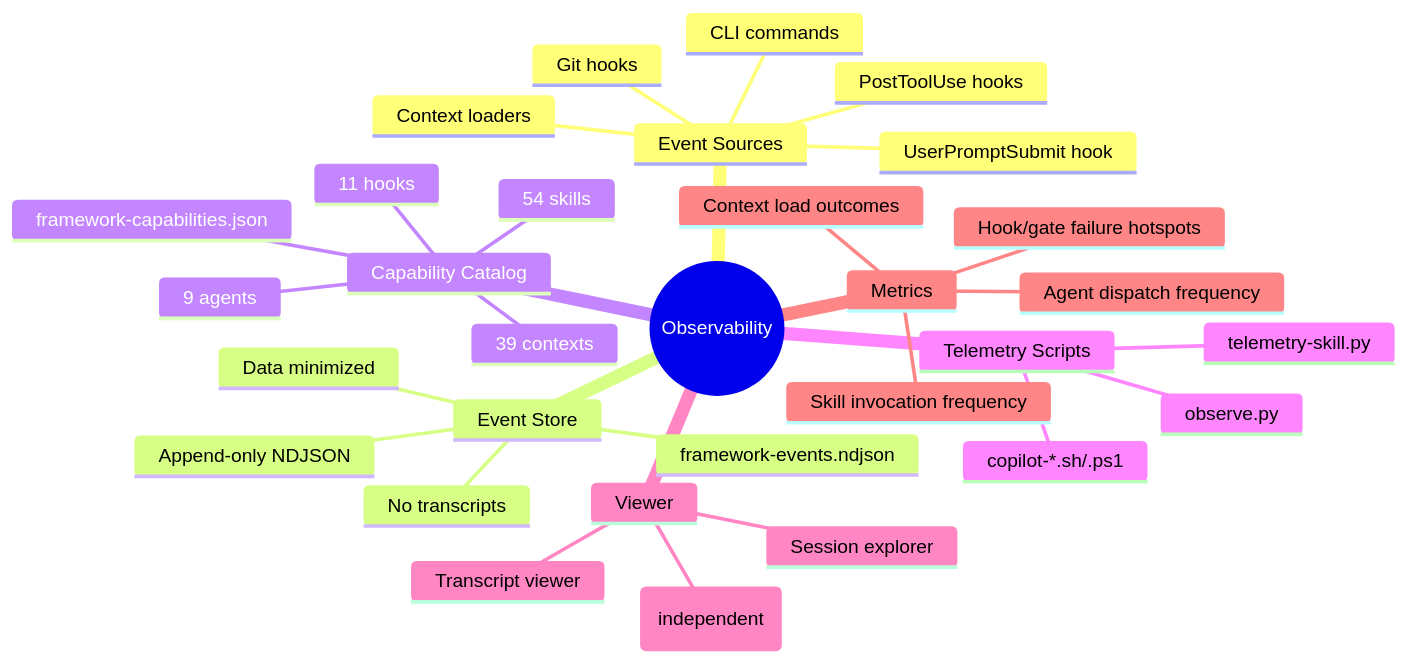
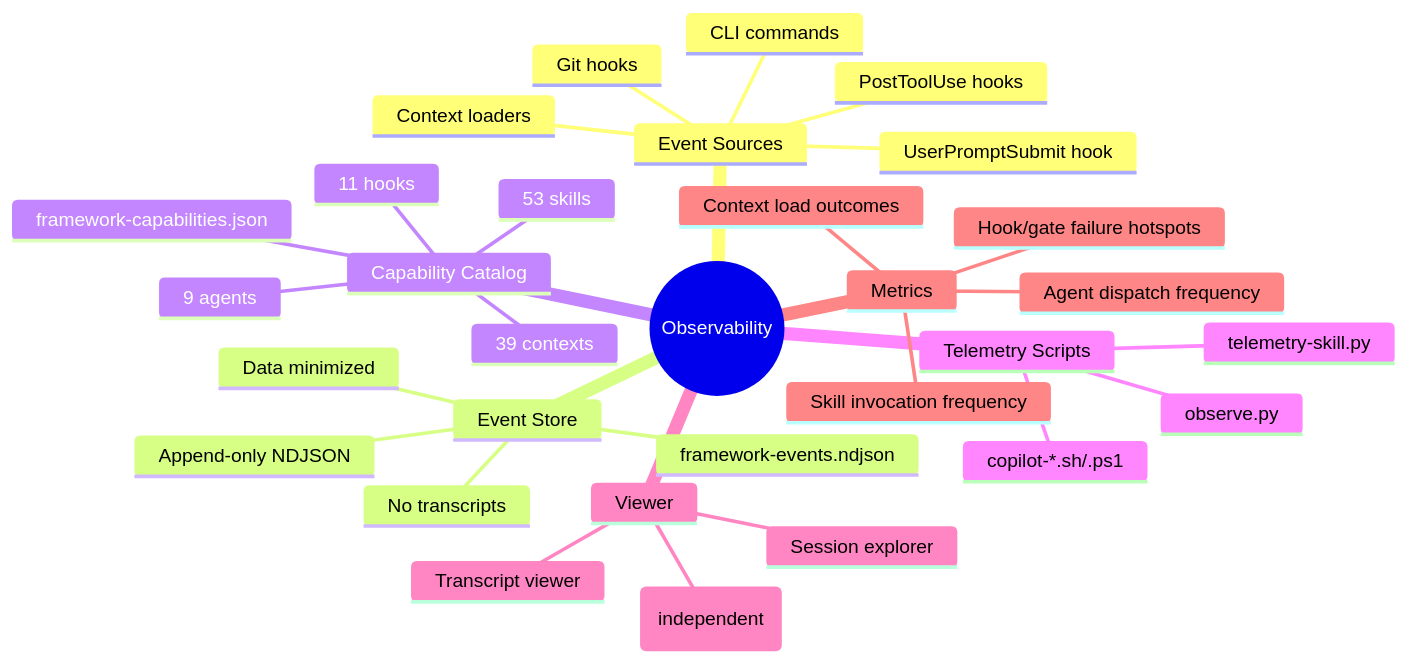
One commit to arcasilesgroup/ai-engineering changed the seventh of 10 diagrams in .ai-engineering/solution-intent.md. Above: the diagram before and after it, drawn with Mermaid. The commit also changed other lines of this file and 166 other files, not shown here.

````diff
--- a/.ai-engineering/solution-intent.md
+++ b/.ai-engineering/solution-intent.md
@@ -416,34 +416,34 @@
 ```mermaid
 mindmap
     root((Observability))
         Event Sources
             UserPromptSubmit hook
             PostToolUse hooks
             Context loaders
             Git hooks
             CLI commands
         Event Store
             framework-events.ndjson
             Append-only NDJSON
             Data minimized
             No transcripts
         Capability Catalog
             framework-capabilities.json
-            54 skills
+            53 skills
             9 agents
             39 contexts
             11 hooks
         Telemetry Scripts
             telemetry-skill.py
             observe.py
             copilot-*.sh/.ps1
         Viewer
             agentsview (independent)
             Session explorer
             Transcript viewer
         Metrics
             Skill invocation frequency
             Agent dispatch frequency
             Context load outcomes
             Hook/gate failure hotspots
 ```
````
